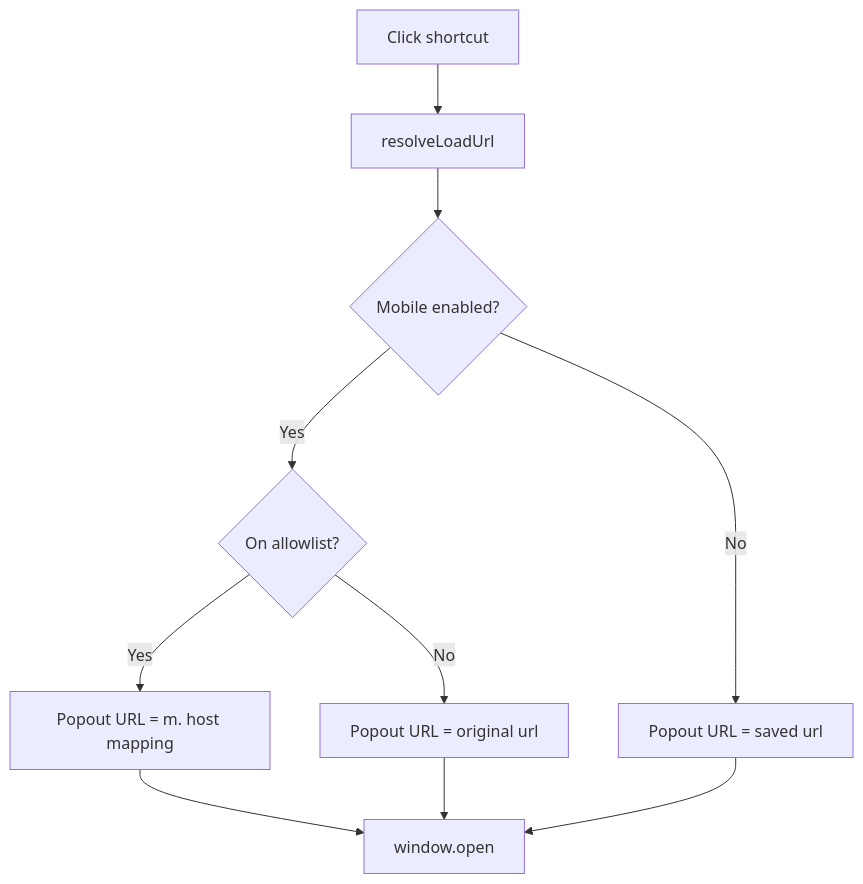
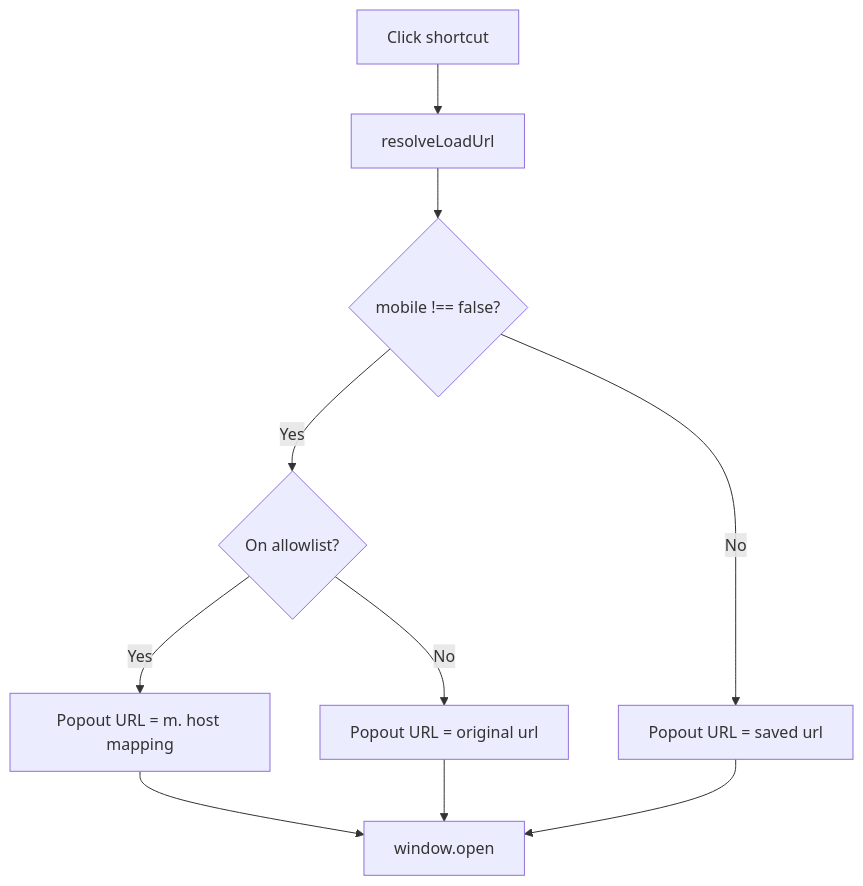
The diagram in docs/ARCHITECTURE.md (ChakmingLeung/Side-Shortcuts-Popout), drawn with Mermaid before and after one commit. The commit also changed other lines of this file and 9 other files, not shown here.

First line of the commit message:
docs: sync PRD, ARCHITECTURE, MAINTENANCE and GitHub description for v2.2.3

````diff
--- a/docs/ARCHITECTURE.md
+++ b/docs/ARCHITECTURE.md
@@ -23,12 +25,12 @@
 ```mermaid
 flowchart TD
   A[Click shortcut] --> B[resolveLoadUrl]
-  B --> C{Mobile enabled?}
+  B --> C{mobile !== false?}
   C -->|No| D[Popout URL = saved url]
   C -->|Yes| E{On allowlist?}
   E -->|Yes| F[Popout URL = m. host mapping]
   E -->|No| G[Popout URL = original url]
   F --> H[window.open]
   G --> H
   D --> H
 ```
````
